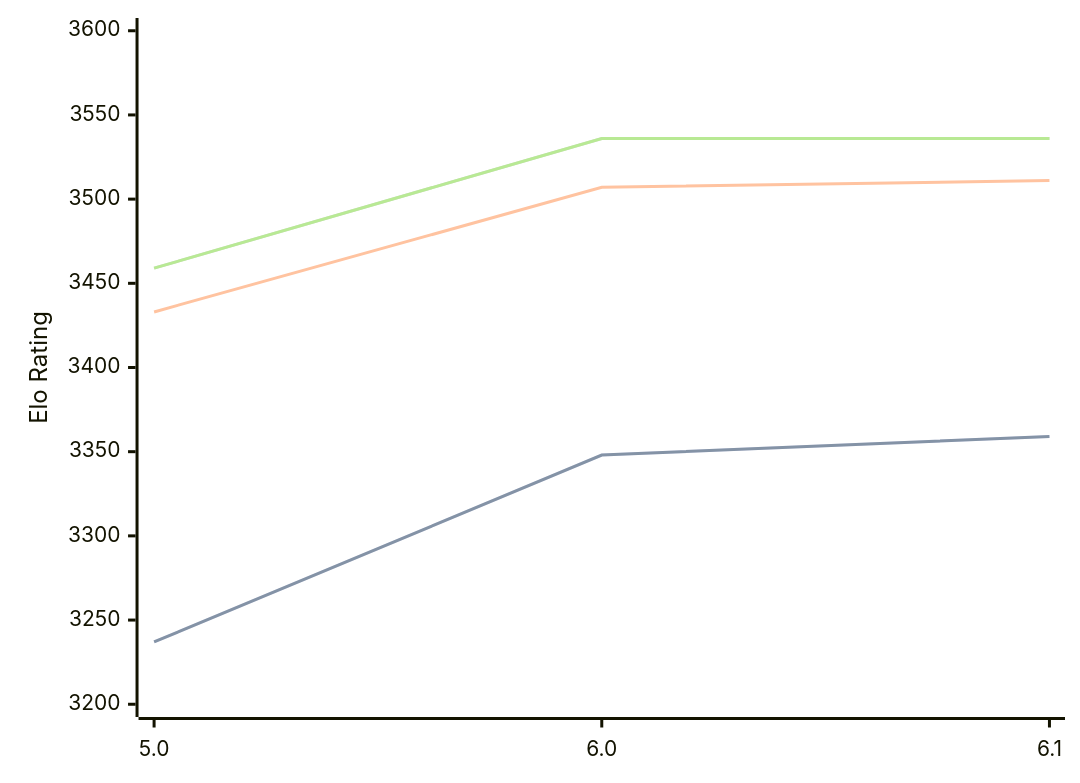
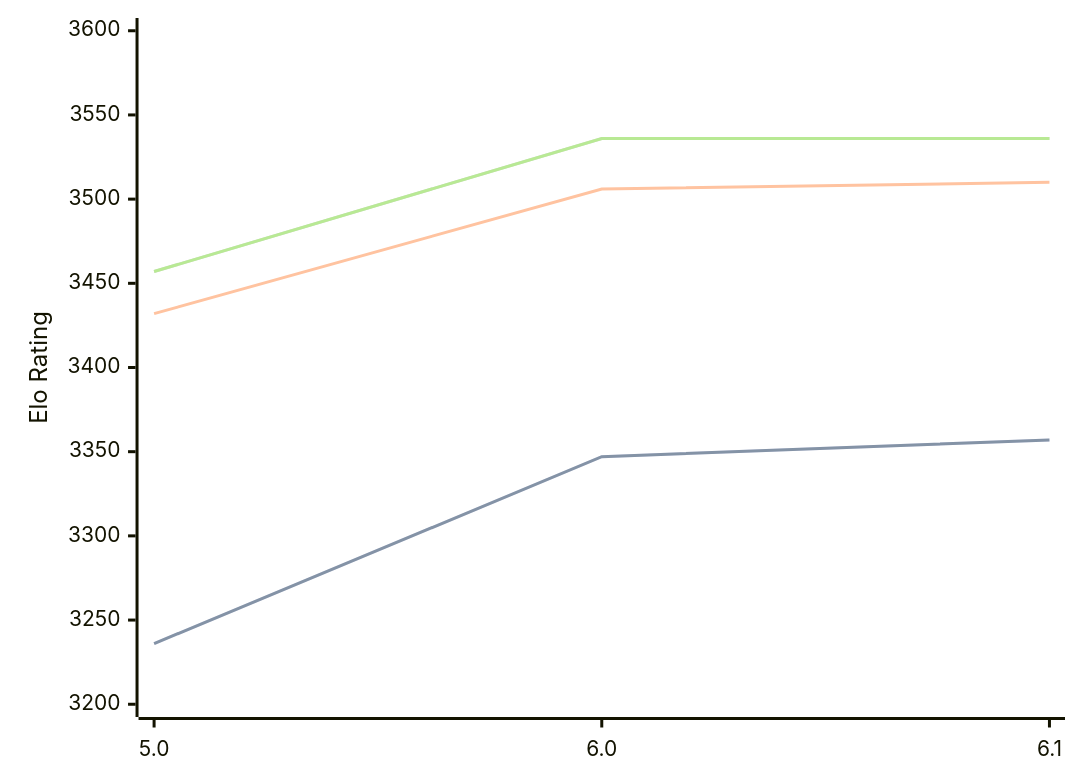
Before and after one commit to computer-chess-index/cci: the diagram in engines/Starzix.md, drawn with Mermaid. The commit also changed other lines of this file, not shown here.

Commit message:
Update CCI Ratings (ELO VLTC) - 2026-03-23

````diff
--- a/engines/Starzix.md
+++ b/engines/Starzix.md
@@ -37,11 +37,11 @@
 ```mermaid
 %%{init: {"theme":"base","themeVariables":{"seriesColors:['#a3a3a3','#222221','#faa371']}}}%%
 xychart-beta
   x-axis ["5.0", "6.0", "6.1"]
   y-axis "Elo Rating" 3200 --> 3600
-  line "STC (8.0+0.08s)" [3237, 3348, 3359]
-  line "STC (8.0+0.08s)" [3237, 3348, 3359]
-  line "LTC (60.0+0.60s)" [3433, 3507, 3511]
-  line "VLTC (2m24s+1.12s)" [3459, 3536, 3536]
-  line "VLTC (2m24s+1.12s)" [3459, 3536, 3536]
+  line "STC (8.0+0.08s)" [3236, 3347, 3357]
+  line "STC (8.0+0.08s)" [3236, 3347, 3357]
+  line "LTC (60.0+0.60s)" [3432, 3506, 3510]
+  line "VLTC (2m24s+1.12s)" [3457, 3536, 3536]
+  line "VLTC (2m24s+1.12s)" [3457, 3536, 3536]
 ```
````
